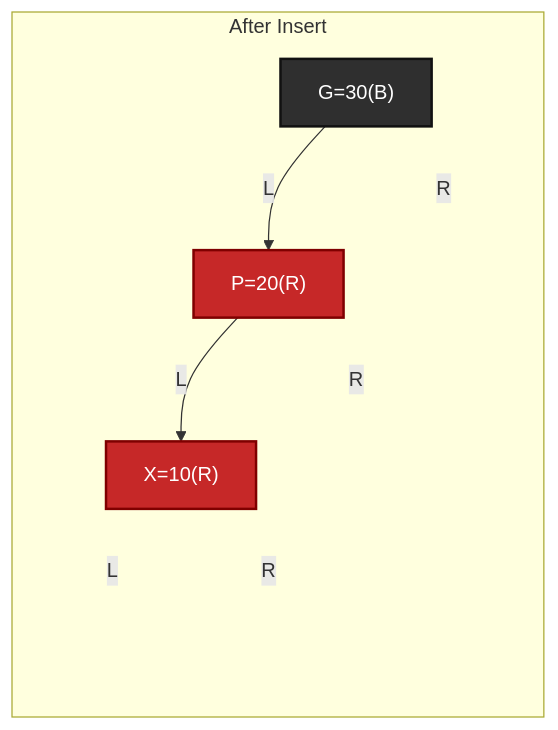
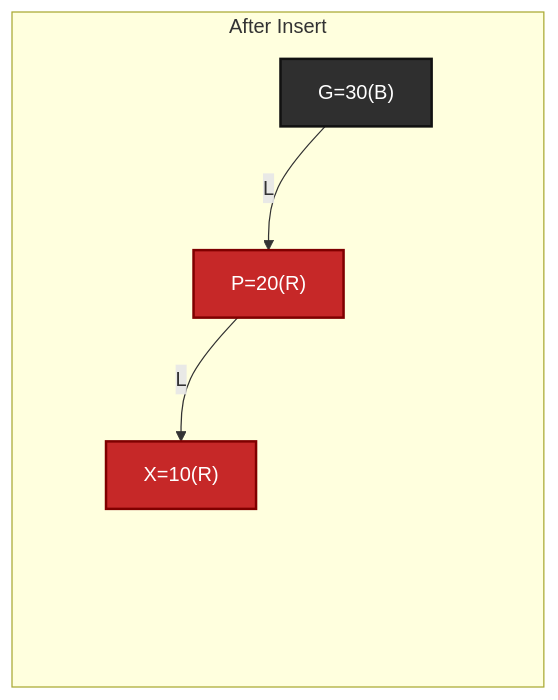
One commit to FormingSystem/linux_note changed the third of 24 diagrams in knowledge/linux/data_structures/红黑树_rb-tree/P35_红黑插入与红红冲突上推.md. Above: the diagram before and after it, drawn with Mermaid. The commit also changed other lines of this file and 5 other files, not shown here.

````diff
--- a/knowledge/linux/data_structures/红黑树_rb-tree/P35_红黑插入与红红冲突上推.md
+++ b/knowledge/linux/data_structures/红黑树_rb-tree/P35_红黑插入与红红冲突上推.md
@@ -158,34 +158,34 @@
 ```mermaid
 graph LR
 	subgraph "After Insert"
 		G["G=30(B)"]
 		P["P=20(R)"]
 		RG[" "]
 		X["X=10(R)"]
 		PR[" "]
 		XL[" "]
 		XR[" "]
 	end
 
 	G -->|"L"| P
-	G -->|"R"| RG
+	G --> RG
 
 	P -->|"L"| X
-	P -->|"R"| PR
+	P --> PR
 
-	X -->|"L"| XL
-	X -->|"R"| XR
+	X --> XL
+	X --> XR
 
 	classDef black fill:#2f2f2f,stroke:#111,color:#fff,stroke-width:2px;
 	classDef red fill:#c62828,stroke:#7f0000,color:#fff,stroke-width:2px;
 	classDef ghost fill:transparent,stroke:transparent,color:transparent;
 
 	class G black;
 	class P,X red;
 	class RG,PR,XL,XR ghost;
 
 	linkStyle 1 stroke:transparent;
 	linkStyle 3 stroke:transparent;
 	linkStyle 4 stroke:transparent;
 	linkStyle 5 stroke:transparent;
 ```
````
